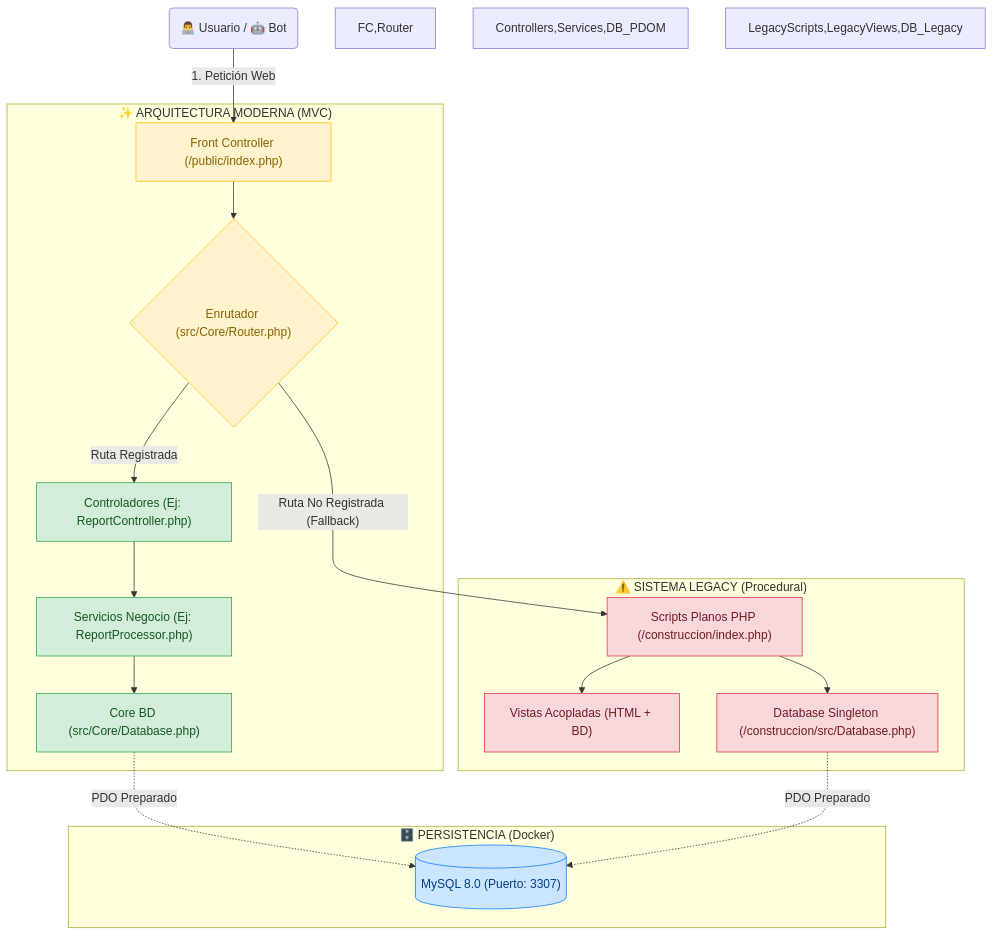
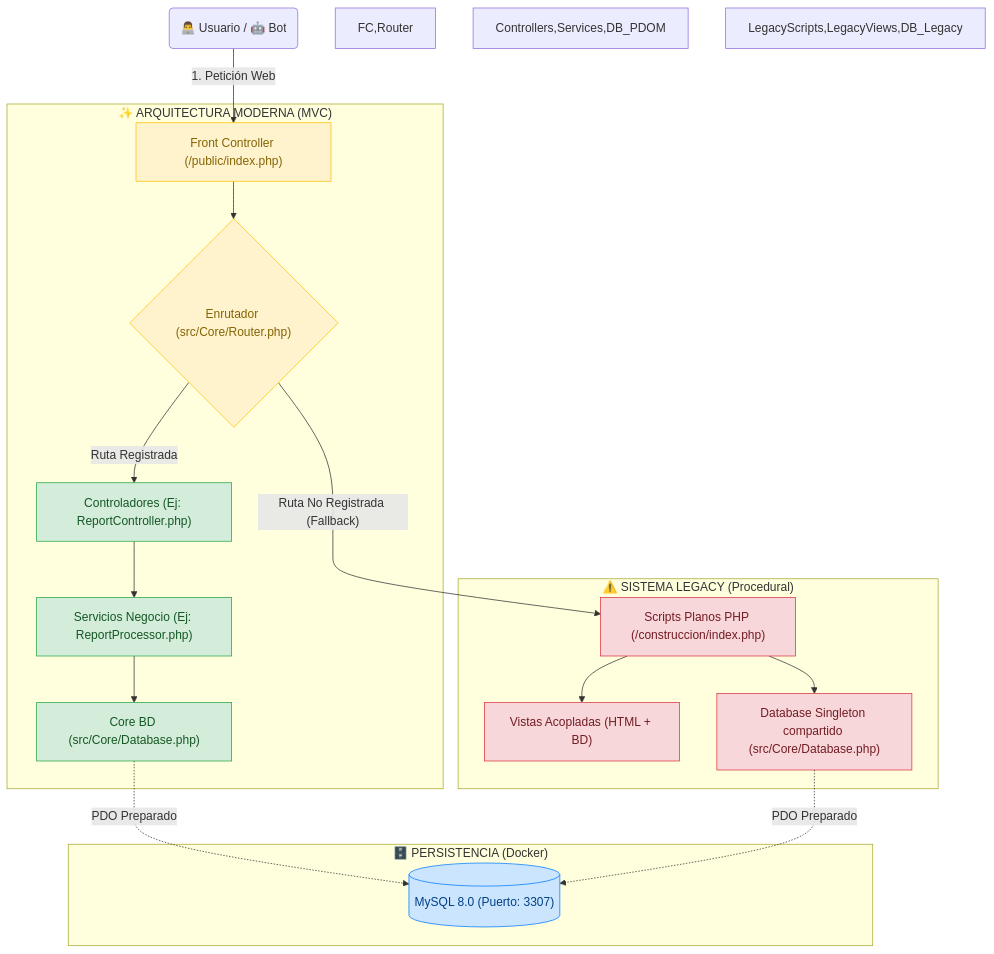
One commit to jbenite7/lastplanneraia-construccion changed the diagram in README.md. Above: the diagram before and after it, drawn with Mermaid. The commit also changed other lines of this file and 61 other files, not shown here.

````diff
--- a/README.md
+++ b/README.md
@@ -106,36 +116,36 @@
 ```mermaid
 graph TD
     User("👨‍💻 Usuario / 🤖 Bot") -->|"1. Petición Web"| FC
     subgraph "✨ ARQUITECTURA MODERNA (MVC)"
         FC["Front Controller (/public/index.php)"]
         Router{"Enrutador (src/Core/Router.php)"}
         Controllers["Controladores (Ej: ReportController.php)"]
         Services["Servicios Negocio (Ej: ReportProcessor.php)"]
         DB_PDOM["Core BD (src/Core/Database.php)"]
         FC --> Router
         Router -- "Ruta Registrada" --> Controllers
         Controllers --> Services
         Services --> DB_PDOM
     end
     subgraph "⚠️ SISTEMA LEGACY (Procedural)"
         LegacyScripts["Scripts Planos PHP (/construccion/index.php)"]
         LegacyViews["Vistas Acopladas (HTML + BD)"]
-        DB_Legacy["Database Singleton (/construccion/src/Database.php)"]
+        DB_Legacy["Database Singleton compartido (src/Core/Database.php)"]
         Router -- "Ruta No Registrada (Fallback)" --> LegacyScripts
         LegacyScripts --> LegacyViews
         LegacyScripts --> DB_Legacy
     end
     subgraph "🗄️ PERSISTENCIA (Docker)"
         MySQL[("MySQL 8.0 (Puerto: 3307)")]
     end
     DB_PDOM -.-> |"PDO Preparado"| MySQL
     DB_Legacy -.-> |"PDO Preparado"| MySQL
     classDef modern fill:#d4edda,stroke:#28a745,color:#155724;
     classDef legacy fill:#f8d7da,stroke:#dc3545,color:#721c24;
     classDef db fill:#cce5ff,stroke:#007bff,color:#004085;
     classDef core fill:#fff3cd,stroke:#ffc107,color:#856404;
     FC,Router:::core
     Controllers,Services,DB_PDOM:::modern
     LegacyScripts,LegacyViews,DB_Legacy:::legacy
     MySQL:::db
 ```
````
